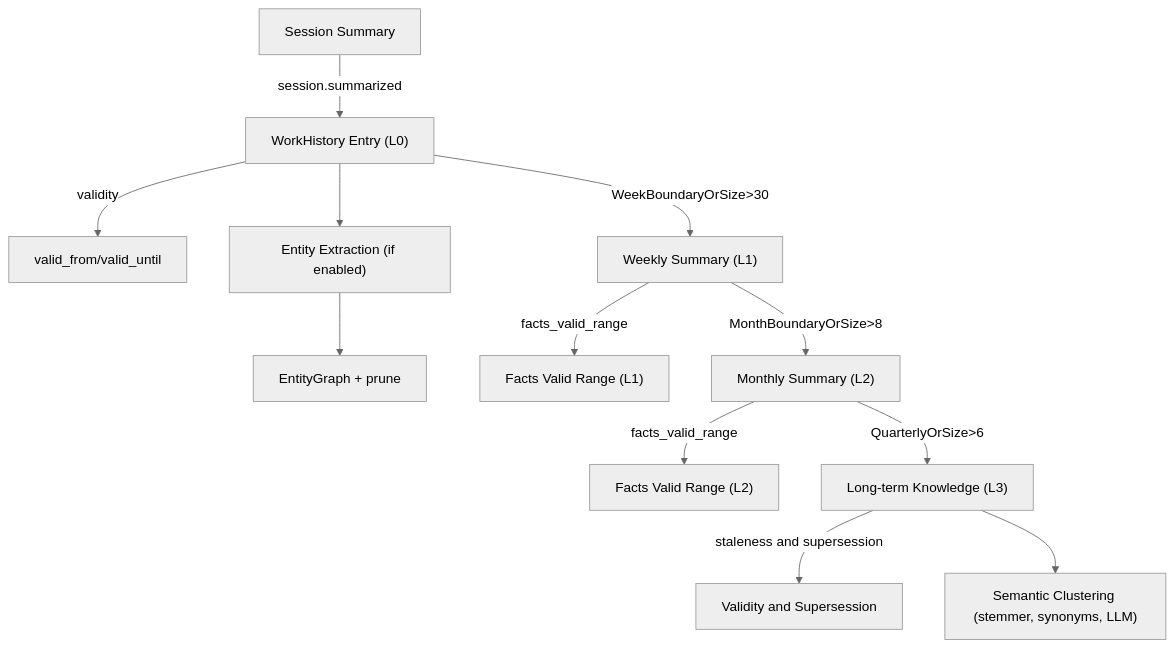
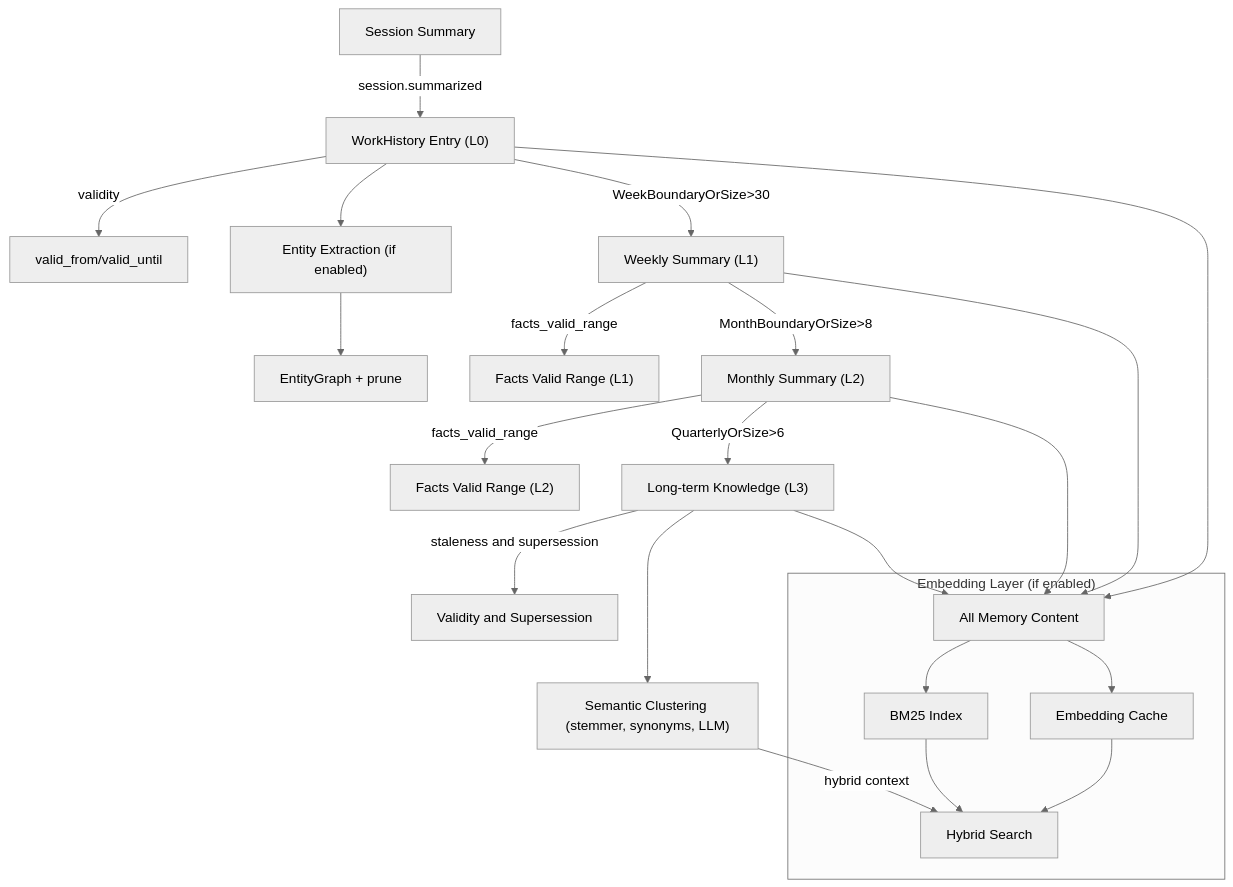
Before and after one commit to arcthur/oh-my-opencode: the diagram in docs/user-memory.md, drawn with Mermaid (neutral theme). The commit also changed other lines of this file and 24 other files, not shown here.

First line of the commit message:
feat(user-memory): add embedding-based hybrid search

````diff
--- a/docs/user-memory.md
+++ b/docs/user-memory.md
@@ -425,18 +704,31 @@
 ```mermaid
 flowchart TD
   SessionSummary["Session Summary"] -->|"session.summarized"| WorkHistory["WorkHistory Entry (L0)"]
   WorkHistory -->|"validity"| WorkHistoryValidity["valid_from/valid_until"]
 
   WorkHistory --> EntityExtraction["Entity Extraction (if enabled)"]
   EntityExtraction --> EntityGraph["EntityGraph + prune"]
 
   WorkHistory -->|"WeekBoundaryOrSize>30"| WeeklySummary["Weekly Summary (L1)"]
   WeeklySummary -->|"facts_valid_range"| WeeklyValidity["Facts Valid Range (L1)"]
 
   WeeklySummary -->|"MonthBoundaryOrSize>8"| MonthlySummary["Monthly Summary (L2)"]
   MonthlySummary -->|"facts_valid_range"| MonthlyValidity["Facts Valid Range (L2)"]
 
   MonthlySummary -->|"QuarterlyOrSize>6"| LongTermKnowledge["Long-term Knowledge (L3)"]
   LongTermKnowledge -->|"staleness and supersession"| KnowledgeValidity["Validity and Supersession"]
   LongTermKnowledge --> SemanticClustering["Semantic Clustering (stemmer, synonyms, LLM)"]
+
+  subgraph Embeddings["Embedding Layer (if enabled)"]
+    AllMemory["All Memory Content"] --> BM25Index["BM25 Index"]
+    AllMemory --> VectorCache["Embedding Cache"]
+    BM25Index --> HybridSearch["Hybrid Search"]
+    VectorCache --> HybridSearch
+  end
+
+  SemanticClustering -->|"hybrid context"| HybridSearch
+  LongTermKnowledge --> AllMemory
+  WeeklySummary --> AllMemory
+  MonthlySummary --> AllMemory
+  WorkHistory --> AllMemory
 ```
````
